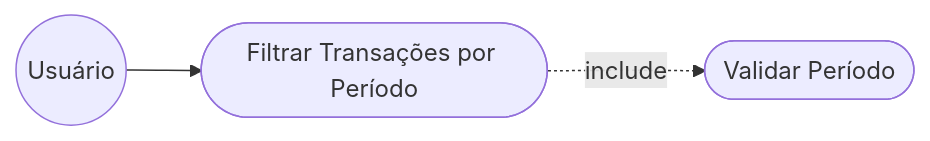
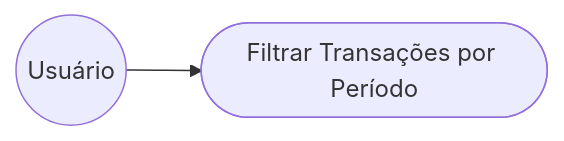
One commit to NEXA-project-br/NEXA changed the fifth of 7 diagrams in relacionamento/dcu.md. Above: the diagram before and after it, drawn with Mermaid. The commit also changed other lines of this file, not shown here.

Commit message:
Refactor mermaid diagrams for user interactions

````diff
--- a/relacionamento/dcu.md
+++ b/relacionamento/dcu.md
@@ -94,9 +74,7 @@
 ```mermaid
 graph LR
   U((Usuário))
   RF05([Filtrar Transações por Período])
-  A1([Validar Período])
 
   U --> RF05
-  RF05 -.->|include| A1
 ```
````
